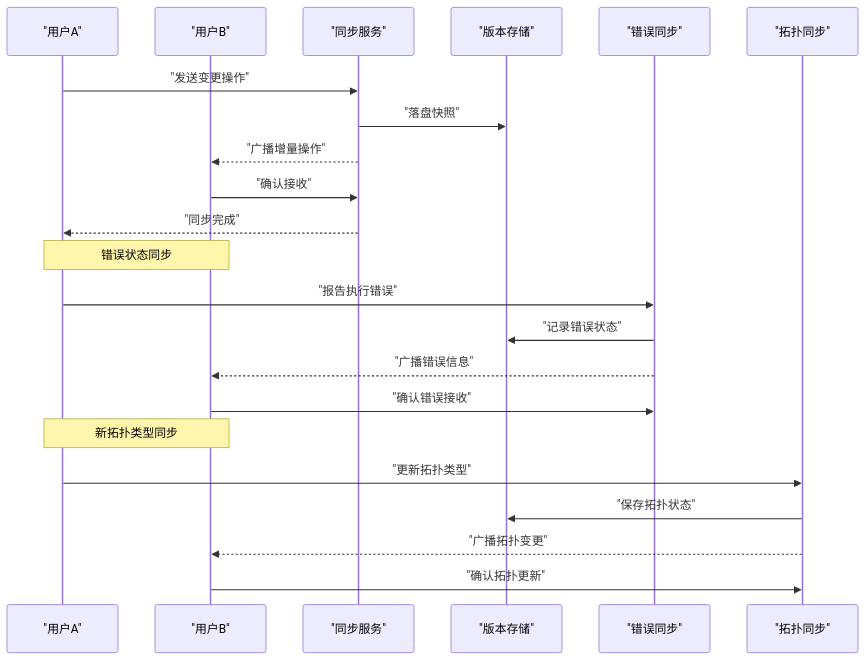
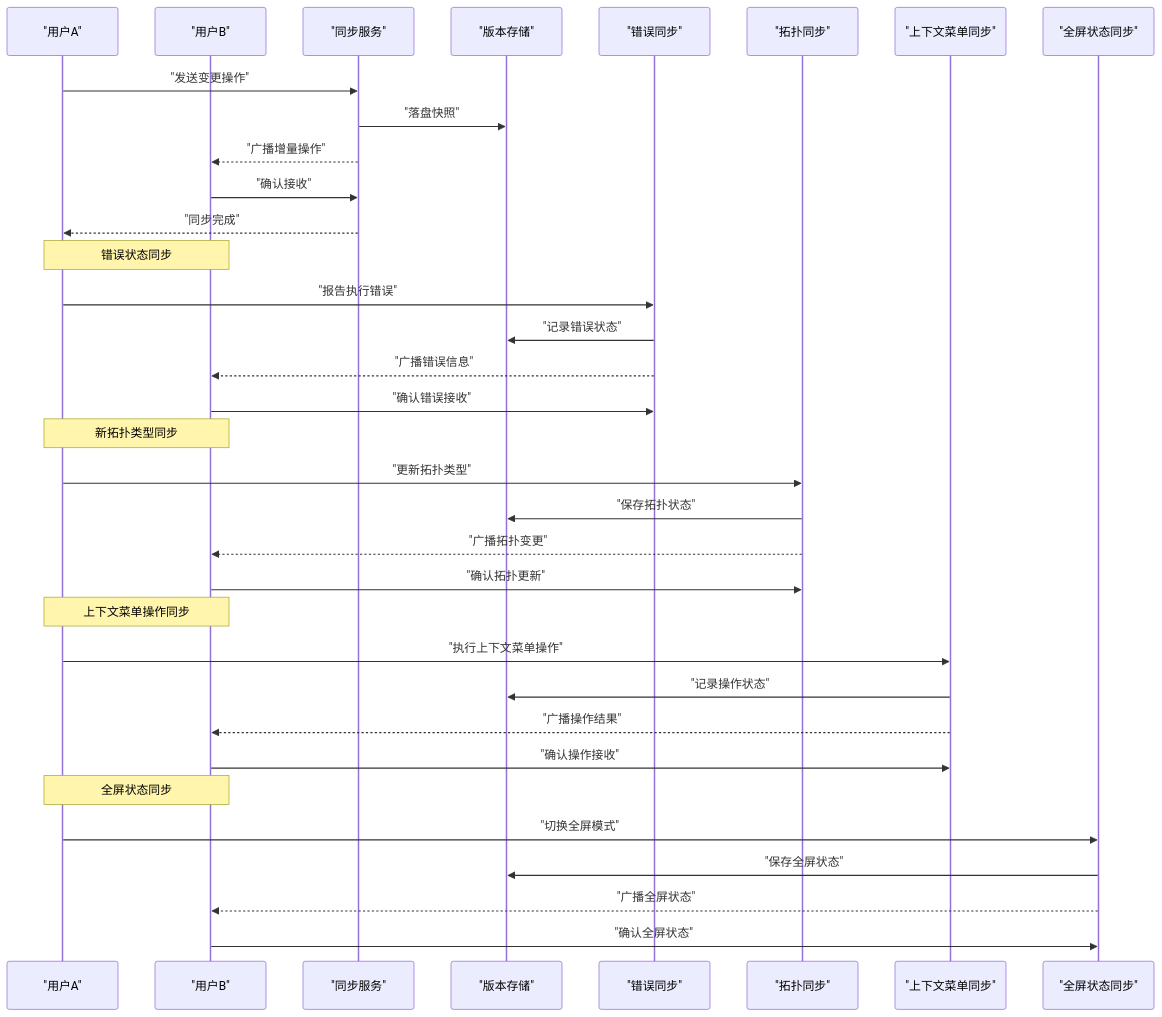
Before and after one commit to scottcwy/PurpleInk: diagram 18 of 19 in .qoder/repowiki/zh/content/画布编辑器/画布编辑器.md, drawn with Mermaid. The commit also changed other lines of this file and 23 other files, not shown here.

````diff
--- a/.qoder/repowiki/zh/content/画布编辑器/画布编辑器.md
+++ b/.qoder/repowiki/zh/content/画布编辑器/画布编辑器.md
@@ -781,24 +957,36 @@
 ```mermaid
 sequenceDiagram
 participant A as "用户A"
 participant B as "用户B"
 participant Sync as "同步服务"
 participant Store as "版本存储"
 participant ErrorSync as "错误同步"
 participant TopologySync as "拓扑同步"
+participant ContextMenuSync as "上下文菜单同步"
+participant FullscreenSync as "全屏状态同步"
 A->>Sync : "发送变更操作"
 Sync->>Store : "落盘快照"
 Sync-->>B : "广播增量操作"
 B->>Sync : "确认接收"
 Sync-->>A : "同步完成"
 Note over A,B : 错误状态同步
 A->>ErrorSync : "报告执行错误"
 ErrorSync->>Store : "记录错误状态"
 ErrorSync-->>B : "广播错误信息"
 B->>ErrorSync : "确认错误接收"
 Note over A,B : 新拓扑类型同步
 A->>TopologySync : "更新拓扑类型"
 TopologySync->>Store : "保存拓扑状态"
 TopologySync-->>B : "广播拓扑变更"
 B->>TopologySync : "确认拓扑更新"
+Note over A,B : 上下文菜单操作同步
+A->>ContextMenuSync : "执行上下文菜单操作"
+ContextMenuSync->>Store : "记录操作状态"
+ContextMenuSync-->>B : "广播操作结果"
+B->>ContextMenuSync : "确认操作接收"
+Note over A,B : 全屏状态同步
+A->>FullscreenSync : "切换全屏模式"
+FullscreenSync->>Store : "保存全屏状态"
+FullscreenSync-->>B : "广播全屏状态"
+B->>FullscreenSync : "确认全屏状态"
 ```
````
